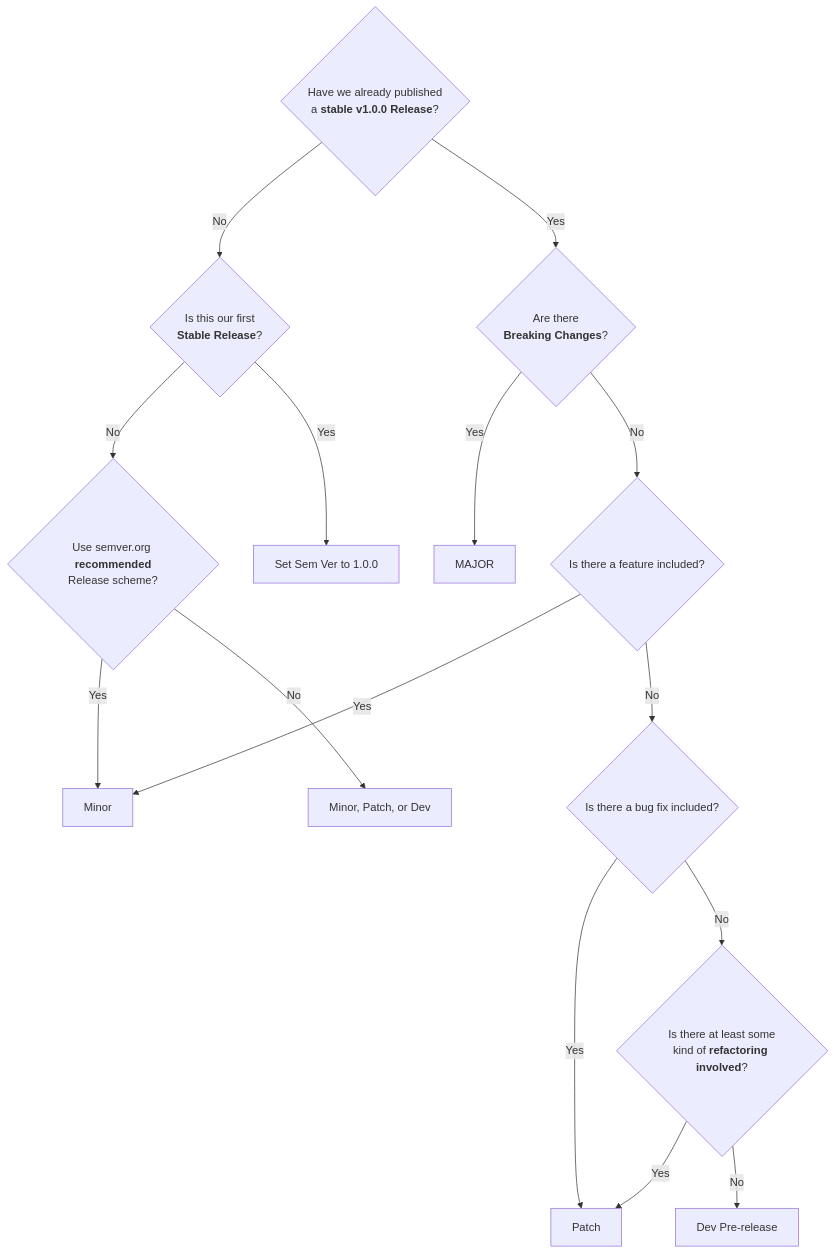
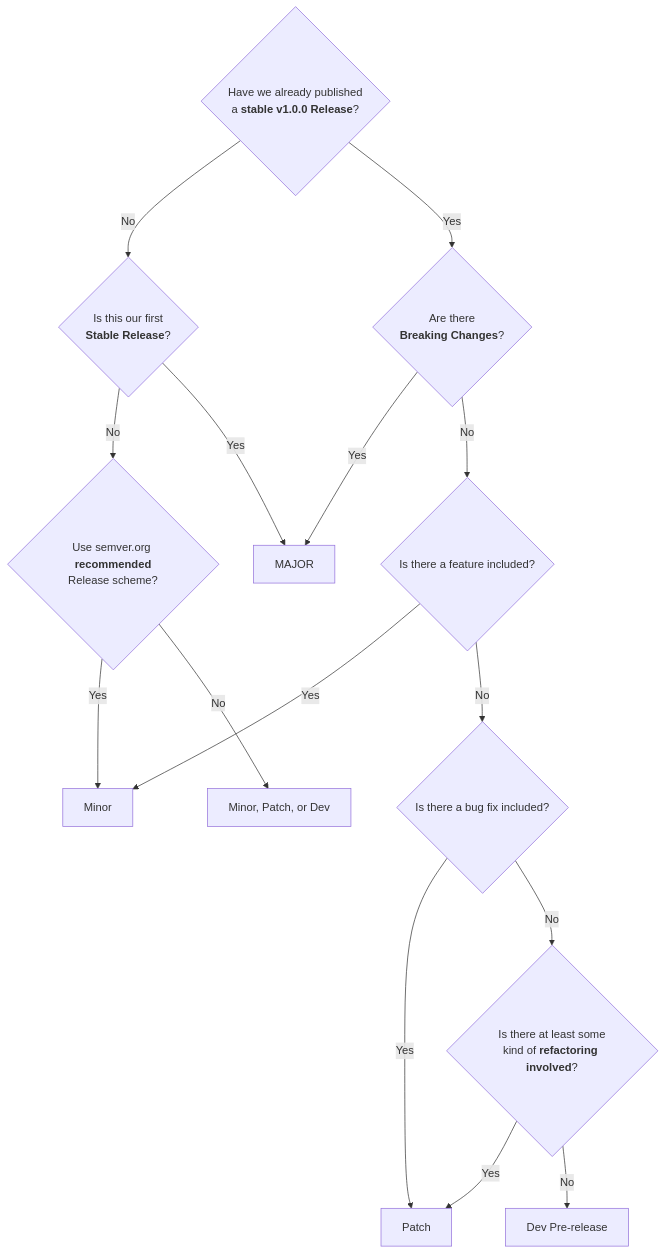
One commit to boromir674/automated-workflows changed the diagram in docs/includes/diagram-sem-ver-derivation-process.md. Above: the diagram before and after it, drawn with Mermaid. The commit also changed 1 other file, not shown here.

Commit message:
docs: simplify a bit the Decision Process diagram for Sem Ver and add Sem Ver Bump operator Flowchart

````diff
--- a/docs/includes/diagram-sem-ver-derivation-process.md
+++ b/docs/includes/diagram-sem-ver-derivation-process.md
@@ -3,65 +3,65 @@
 ```mermaid
 
 graph TD
 
 %% START((START))
 
 COND_HAS_STARTED_SEMVER_PROMISE{"`Have we already published
 a **stable v1.0.0 Release**?`"}
 
 COND_ARE_THERE_BREAKING_CHANGES{"`Are there
 **Breaking Changes**?`"}
 
 COND_INCLUDES_FEATURE{"`Is there a feature included?`"}
 COND_INCLUDES_BUGFIX{"`Is there a bug fix included?`"}
 
 %% Does the changes touch the Public API at least ?
 COND_INCLUDES_REFACTORING{"`Is there at least some
 kind of **refactoring involved**?`"}
 
 COND_IS_THIS_OUR_FIRST_STABLE_RELEASE{"`Is this our first
 **Stable Release**?`"}
 
 COND_USE_SEMVER_RECOMMENDED_PRE_STABLE_DEV_CYCLE{"`Use semver.org **recommended**
 Release scheme?`"}
 
-SEM_VER_SET_TO_1_0_0[Set Sem Ver to 1.0.0]
+%% SEM_VER_SET_TO_1_0_0[Set Sem Ver to 1.0.0]
 POSSIBLE_BUMPS_MAJOR[MAJOR]
 POSSIBLE_BUMPS_MINOR[Minor]
 POSSIBLE_BUMPS_PATCH[Patch]
 POSSIBLE_BUMPS_PRERELEASE[Dev Pre-release]
 
 POSSIBLE_BUMPS_MI_PA_DEV[Minor, Patch, or Dev]
 
 %%%% LOGIC FLOW CHART %%%%
 %% START --> COND_HAS_STARTED_SEMVER_PROMISE
 
 %% PATH 1: Stable RELEASE v1.0.0 NOT Published yet
 
 COND_HAS_STARTED_SEMVER_PROMISE -->|No| COND_IS_THIS_OUR_FIRST_STABLE_RELEASE
 
 COND_IS_THIS_OUR_FIRST_STABLE_RELEASE -->|No| COND_USE_SEMVER_RECOMMENDED_PRE_STABLE_DEV_CYCLE
 COND_USE_SEMVER_RECOMMENDED_PRE_STABLE_DEV_CYCLE -->|Yes| POSSIBLE_BUMPS_MINOR
 COND_USE_SEMVER_RECOMMENDED_PRE_STABLE_DEV_CYCLE -->|No| POSSIBLE_BUMPS_MI_PA_DEV
-COND_IS_THIS_OUR_FIRST_STABLE_RELEASE -->|Yes| SEM_VER_SET_TO_1_0_0
-
+%% COND_IS_THIS_OUR_FIRST_STABLE_RELEASE -->|Yes| SEM_VER_SET_TO_1_0_0
+COND_IS_THIS_OUR_FIRST_STABLE_RELEASE -->|Yes| POSSIBLE_BUMPS_MAJOR
 
 %% PATH 2: Stable RELEASE v1.0.0 already Published
 
 COND_HAS_STARTED_SEMVER_PROMISE -->|Yes| COND_ARE_THERE_BREAKING_CHANGES
 
 COND_ARE_THERE_BREAKING_CHANGES -->|Yes| POSSIBLE_BUMPS_MAJOR
 
 COND_ARE_THERE_BREAKING_CHANGES -->|No| COND_INCLUDES_FEATURE
 
 COND_INCLUDES_FEATURE -->|Yes| POSSIBLE_BUMPS_MINOR
 COND_INCLUDES_FEATURE -->|No| COND_INCLUDES_BUGFIX
 
 COND_INCLUDES_BUGFIX -->|Yes| POSSIBLE_BUMPS_PATCH
 
 COND_INCLUDES_BUGFIX -->|No| COND_INCLUDES_REFACTORING
 
 COND_INCLUDES_REFACTORING -->|Yes| POSSIBLE_BUMPS_PATCH
 COND_INCLUDES_REFACTORING -->|No| POSSIBLE_BUMPS_PRERELEASE
 
 ```
````
